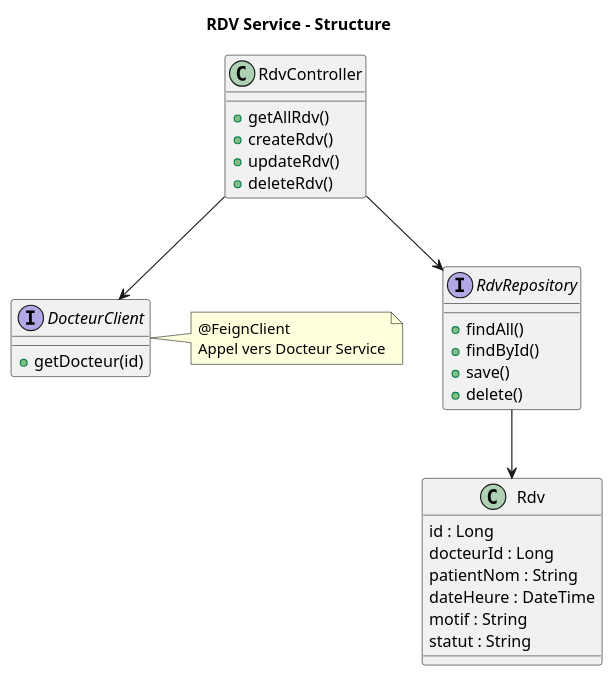
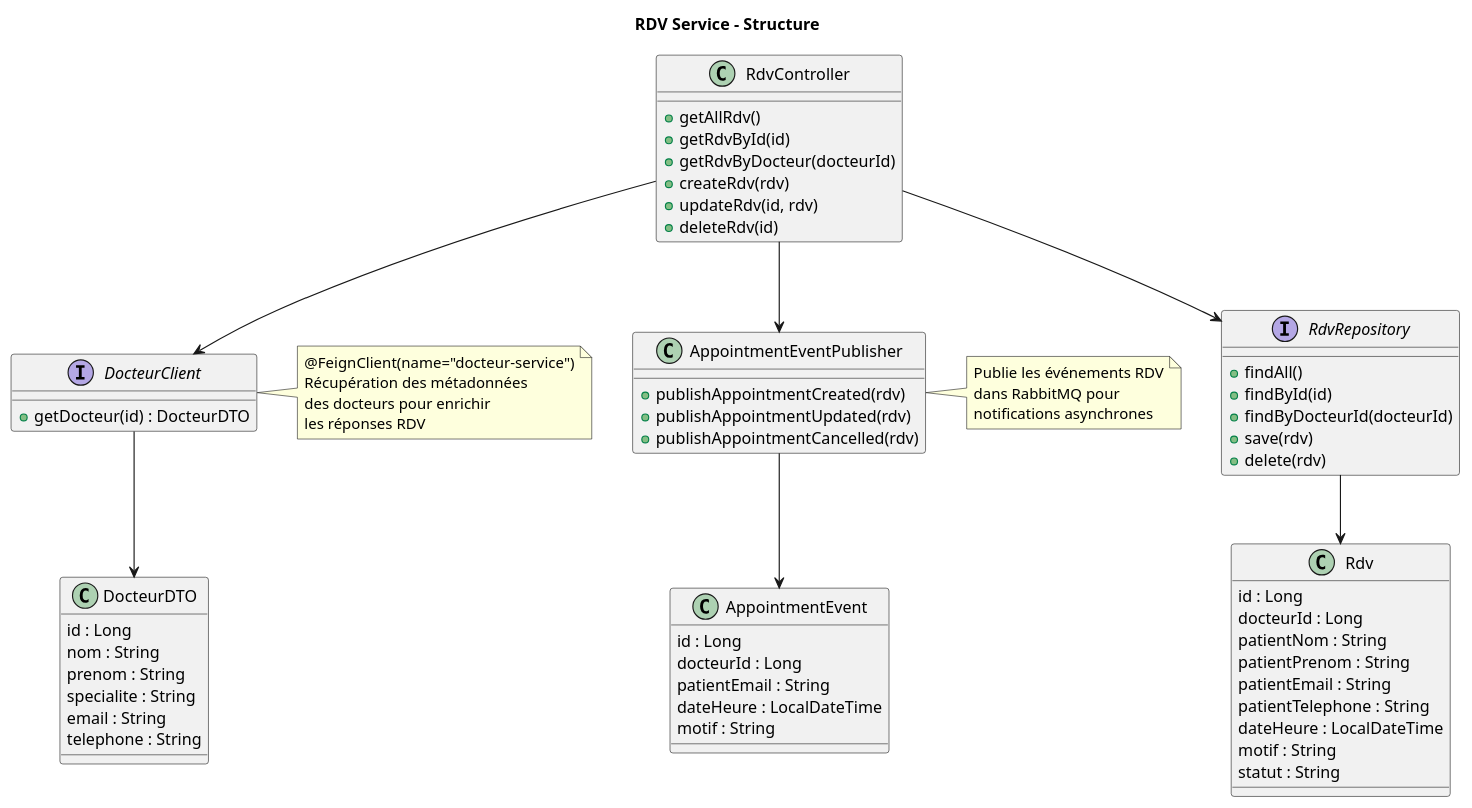
The diagram in diagrams/5-classes-rdv-service.puml (sohaibmokhliss/microservices-medical-appointment), drawn with PlantUML before and after one commit. The commit also changed 89 other files, not shown here.

Commit message:
Complete microservices implementation with JWT auth, API Gateway, RabbitMQ notifications, and PostgreSQL

```diff
--- a/diagrams/5-classes-rdv-service.puml
+++ b/diagrams/5-classes-rdv-service.puml
@@ -1,42 +1,82 @@
 @startuml Classes RDV Service
 
 skinparam backgroundColor white
 title RDV Service - Structure
 
 class Rdv {
     id : Long
     docteurId : Long
     patientNom : String
-    dateHeure : DateTime
+    patientPrenom : String
+    patientEmail : String
+    patientTelephone : String
+    dateHeure : LocalDateTime
     motif : String
     statut : String
 }
 
 interface RdvRepository {
     + findAll()
-    + findById()
-    + save()
-    + delete()
+    + findById(id)
+    + findByDocteurId(docteurId)
+    + save(rdv)
+    + delete(rdv)
 }
 
 class RdvController {
     + getAllRdv()
-    + createRdv()
-    + updateRdv()
-    + deleteRdv()
+    + getRdvById(id)
+    + getRdvByDocteur(docteurId)
+    + createRdv(rdv)
+    + updateRdv(id, rdv)
+    + deleteRdv(id)
+}
+
+class DocteurDTO {
+    id : Long
+    nom : String
+    prenom : String
+    specialite : String
+    email : String
+    telephone : String
 }
 
 interface DocteurClient {
-    + getDocteur(id)
+    + getDocteur(id) : DocteurDTO
+}
+
+class AppointmentEventPublisher {
+    + publishAppointmentCreated(rdv)
+    + publishAppointmentUpdated(rdv)
+    + publishAppointmentCancelled(rdv)
+}
+
+class AppointmentEvent {
+    id : Long
+    docteurId : Long
+    patientEmail : String
+    dateHeure : LocalDateTime
+    motif : String
 }
 
 RdvController --> RdvRepository
 RdvController --> DocteurClient
+RdvController --> AppointmentEventPublisher
 RdvRepository --> Rdv
+DocteurClient --> DocteurDTO
+AppointmentEventPublisher --> AppointmentEvent
 
 note right of DocteurClient
-  @FeignClient
-  Appel vers Docteur Service
+  @FeignClient(name="docteur-service")
+  Récupération des métadonnées
+  des docteurs pour enrichir
+  les réponses RDV
+end note
+
+note right of AppointmentEventPublisher
+  Publie les événements RDV
+  dans RabbitMQ pour
+  notifications asynchrones
 end note
 
 @enduml
```
